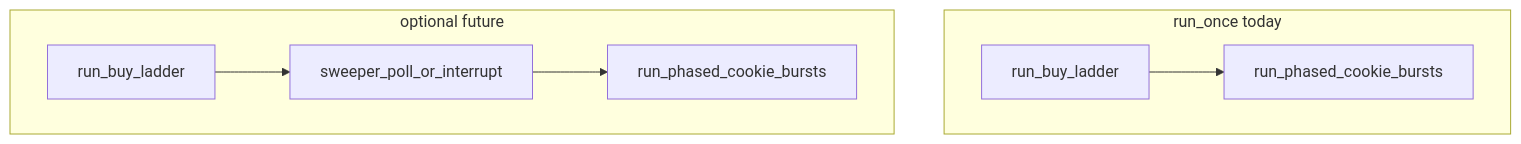
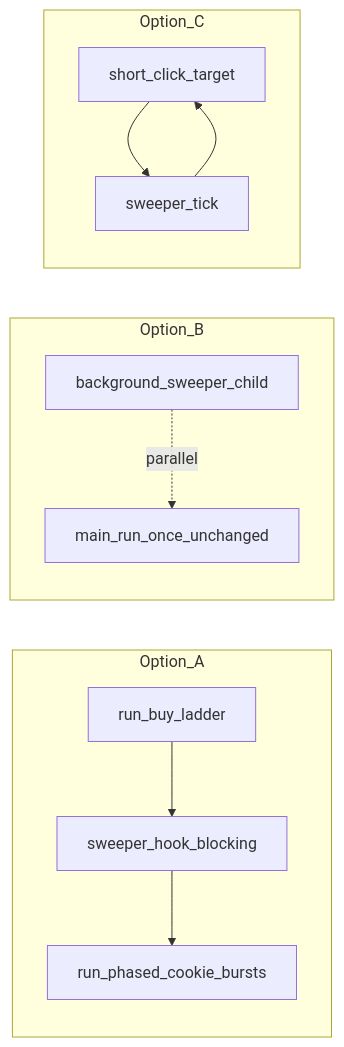
One commit to glblackburn/pub-bin changed the diagram in docs/osx/plans/plan-015-cookie-clicker-golden-cookie-sweeper.md. Above: the diagram before and after it, drawn with Mermaid. The commit also changed other lines of this file, not shown here.

First line of the commit message:
docs(osx): expand plan-015 sweeper standalone vs looper integration

````diff
--- a/docs/osx/plans/plan-015-cookie-clicker-golden-cookie-sweeper.md
+++ b/docs/osx/plans/plan-015-cookie-clicker-golden-cookie-sweeper.md
@@ -103,15 +179,19 @@
 ```mermaid
-flowchart TB
-  subgraph today [run_once today]
-    L[run_buy_ladder]
-    C[run_phased_cookie_bursts]
-    L --> C
+flowchart LR
+  subgraph optA [Option_A]
+    L1[run_buy_ladder]
+    S1[sweeper_hook_blocking]
+    C1[run_phased_cookie_bursts]
+    L1 --> S1 --> C1
   end
-  subgraph future [optional future]
-    S[sweeper_poll_or_interrupt]
-    L2[run_buy_ladder]
-    C2[run_phased_cookie_bursts]
-    L2 --> S
-    S --> C2
+  subgraph optB [Option_B]
+    BG[background_sweeper_child]
+    M[main_run_once_unchanged]
+    BG -.->|parallel| M
+  end
+  subgraph optC [Option_C]
+    chunk[short_click_target]
+    tick[sweeper_tick]
+    chunk --> tick --> chunk
   end
 ```
````
